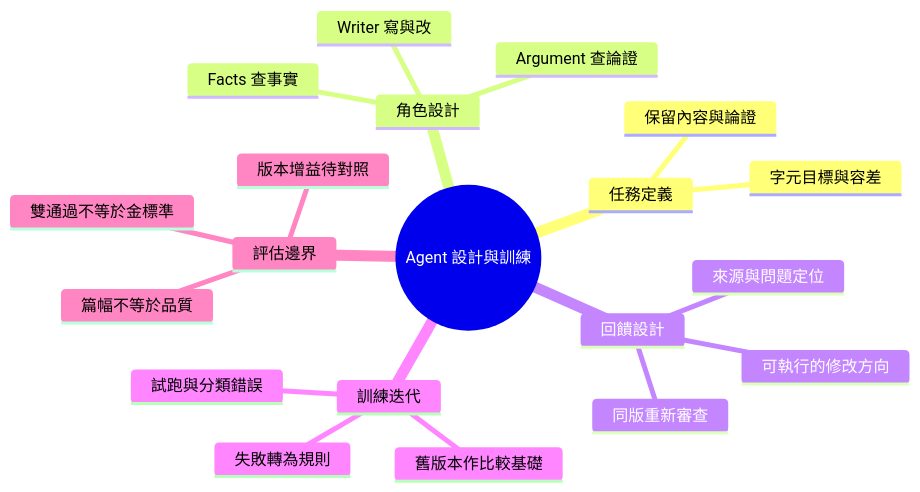
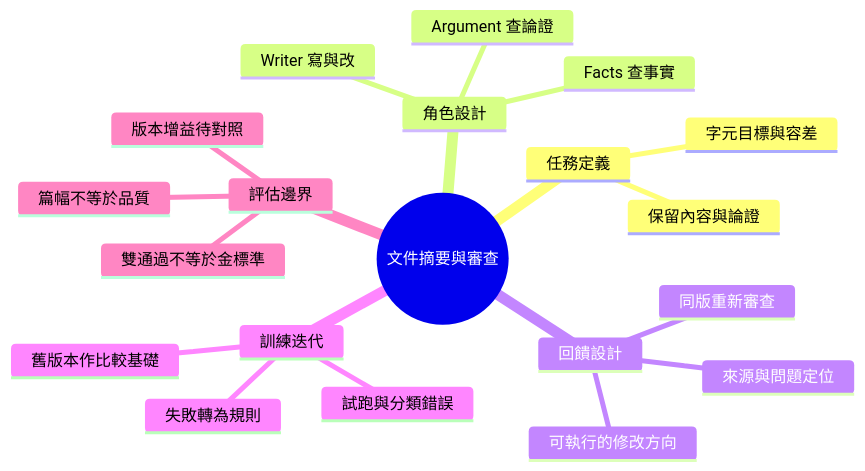
Before and after one commit to minxinchen/document-compression-lab: the second of 2 diagrams in README.md, drawn with Mermaid. The commit also changed other lines of this file, not shown here.

Commit message:
Lead multi-agent summary workflow with inputs outputs and demo

````diff
--- a/README.md
+++ b/README.md
@@ -59,23 +79,23 @@
 ```mermaid
 mindmap
-  root((Agent 設計與訓練))
+  root((文件摘要與審查))
     任務定義
       保留內容與論證
       字元目標與容差
     角色設計
       Writer 寫與改
       Facts 查事實
       Argument 查論證
     回饋設計
       來源與問題定位
       可執行的修改方向
       同版重新審查
     訓練迭代
       試跑與分類錯誤
       失敗轉為規則
       舊版本作比較基礎
     評估邊界
       篇幅不等於品質
       雙通過不等於金標準
       版本增益待對照
 ```
````
